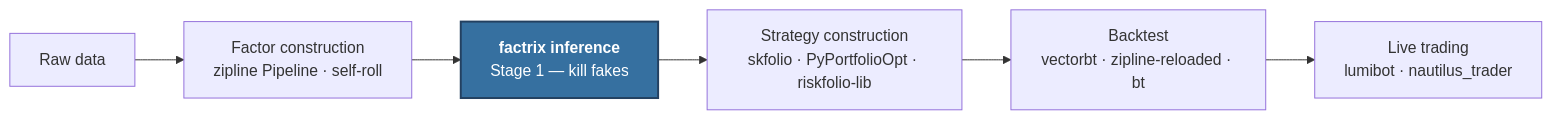
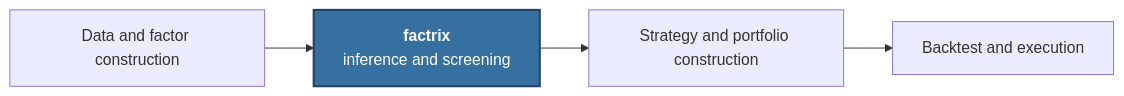
Before and after one commit to awwesomeman/factrix: the diagram in docs/where-factrix-fits.md, drawn with Mermaid. The commit also changed other lines of this file and 47 other files, not shown here.

````diff
--- a/docs/where-factrix-fits.md
+++ b/docs/where-factrix-fits.md
@@ -52,10 +29,8 @@
 ```mermaid
 flowchart LR
-    DATA[Raw data] --> CONSTR[Factor construction<br/>zipline Pipeline · self-roll]
-    CONSTR --> FX[<b>factrix inference</b><br/>Stage 1 — kill fakes]
-    FX --> PORT[Strategy construction<br/>skfolio · PyPortfolioOpt · riskfolio-lib]
-    PORT --> BT[Backtest<br/>vectorbt · zipline-reloaded · bt]
-    BT --> LIVE[Live trading<br/>lumibot · nautilus_trader]
+    DATA[Data and factor construction] --> FX[<b>factrix</b><br/>inference and screening]
+    FX --> PORT[Strategy and portfolio construction]
+    PORT --> BT[Backtest and execution]
     classDef here fill:#3670A0,color:#fff,stroke:#234060,stroke-width:2px;
     class FX here
 ```
````
